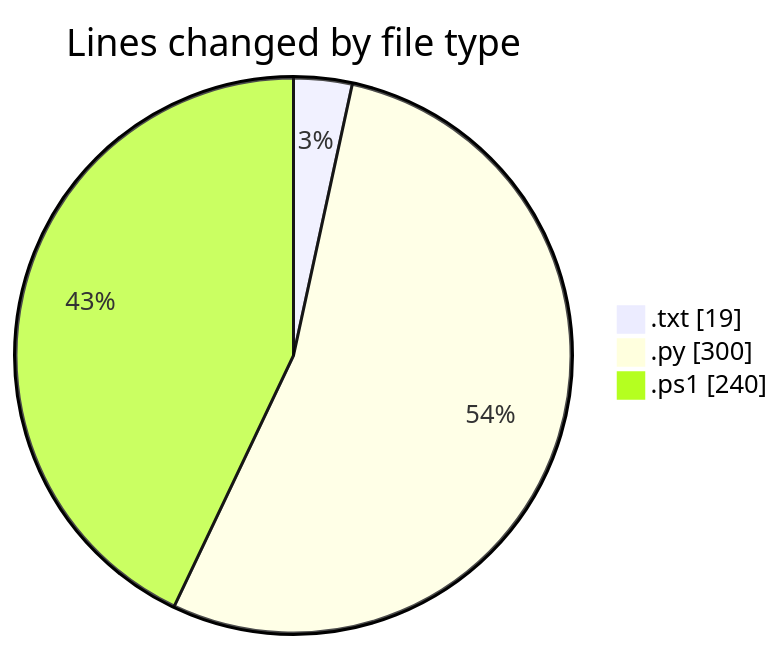
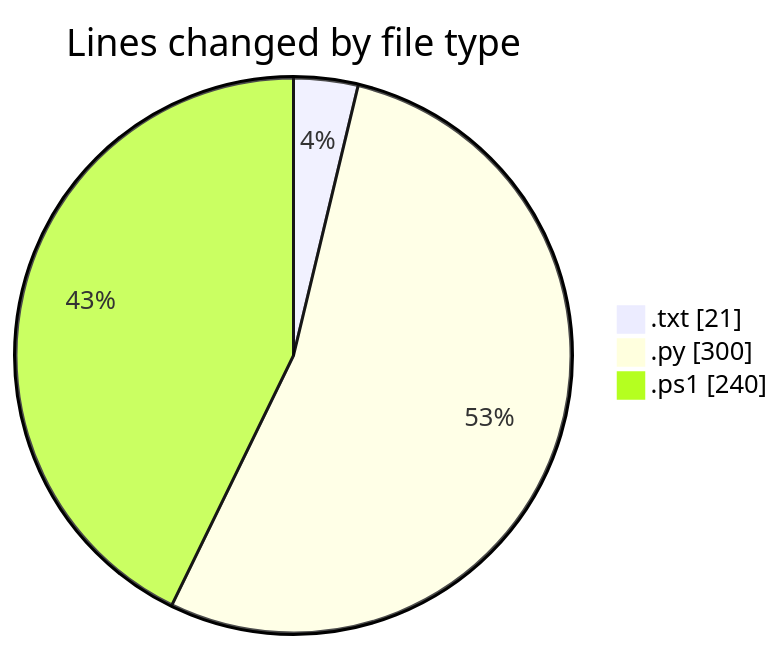
The first of 2 diagrams in 2025-05-16/python_app_deploy/README.md (CELIANVF/code-tracking), drawn with Mermaid before and after one commit. The commit also changed other lines of this file and 1 other file, not shown here.

````diff
--- a/2025-05-16/python_app_deploy/README.md
+++ b/2025-05-16/python_app_deploy/README.md
@@ -24,7 +24,7 @@
 ```mermaid
 pie showData
 title Lines changed by file type
-".txt" : 19
+".txt" : 21
 ".py" : 300
 ".ps1" : 240
 ```
````
